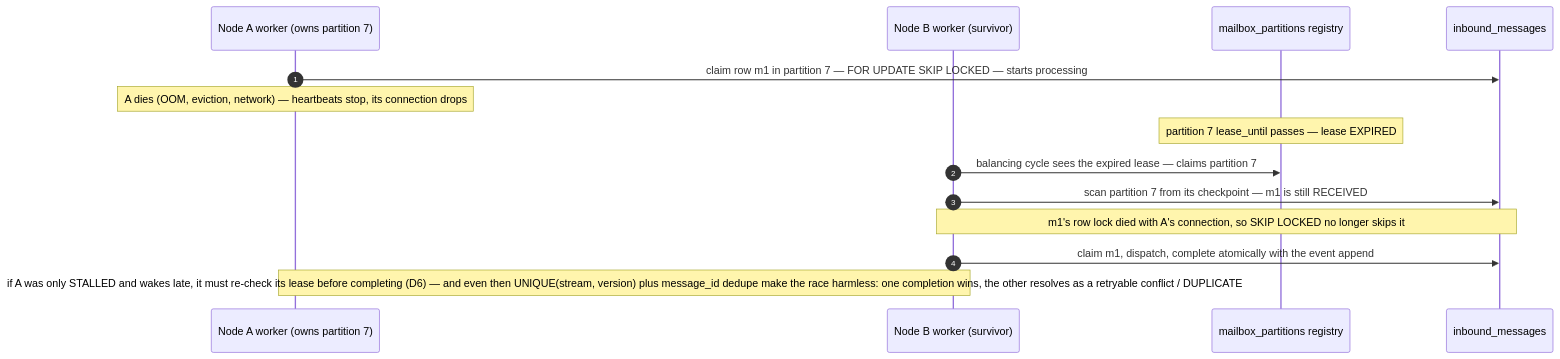
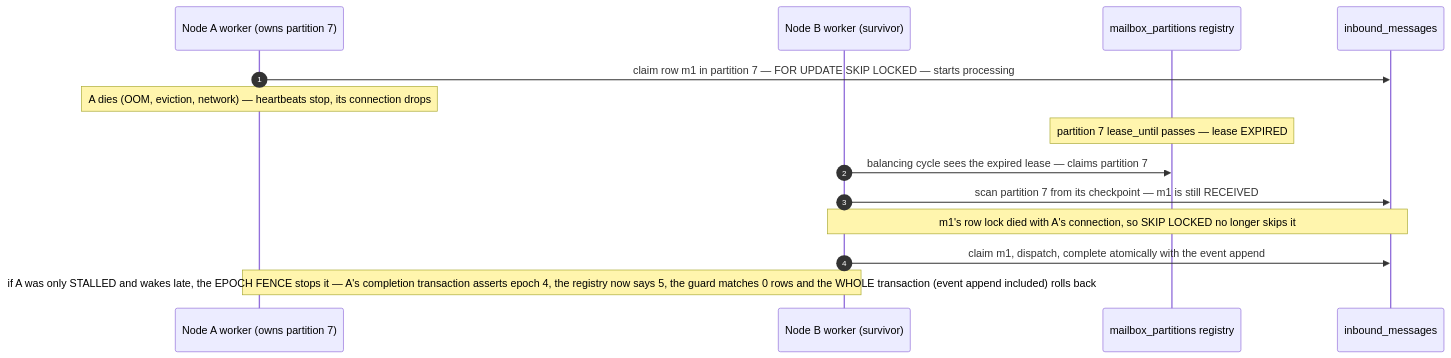
Before and after one commit to TheCaptainCompany/captain-food: the second of 3 diagrams in docs/proposals/PROP-20260728-152752-actor-mailbox-write-path.md, drawn with Mermaid. The commit also changed other lines of this file, not shown here.

First line of the commit message:
docs(#242): the steal window -- dual belief bounded by the lease, dual authority fenced by the epoch

````diff
--- a/docs/proposals/PROP-20260728-152752-actor-mailbox-write-path.md
+++ b/docs/proposals/PROP-20260728-152752-actor-mailbox-write-path.md
@@ -205,17 +205,17 @@
 ```mermaid
 sequenceDiagram
     autonumber
     participant A as Node A worker (owns partition 7)
     participant B as Node B worker (survivor)
     participant REG as mailbox_partitions registry
     participant MB as inbound_messages
 
     A->>MB: claim row m1 in partition 7 — FOR UPDATE SKIP LOCKED — starts processing
     Note over A: A dies (OOM, eviction, network) — heartbeats stop, its connection drops
     Note over REG: partition 7 lease_until passes — lease EXPIRED
     B->>REG: balancing cycle sees the expired lease — claims partition 7
     B->>MB: scan partition 7 from its checkpoint — m1 is still RECEIVED
     Note over B,MB: m1's row lock died with A's connection, so SKIP LOCKED no longer skips it
     B->>MB: claim m1, dispatch, complete atomically with the event append
-    Note over A,B: if A was only STALLED and wakes late, it must re-check its lease before completing (D6) — and even then UNIQUE(stream, version) plus message_id dedupe make the race harmless: one completion wins, the other resolves as a retryable conflict / DUPLICATE
+    Note over A,B: if A was only STALLED and wakes late, the EPOCH FENCE stops it — A's completion transaction asserts epoch 4, the registry now says 5, the guard matches 0 rows and the WHOLE transaction (event append included) rolls back
 ```
````
